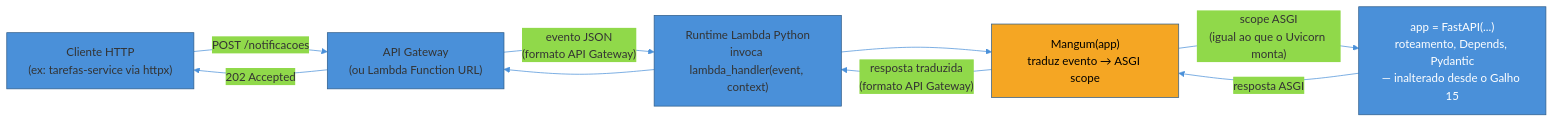
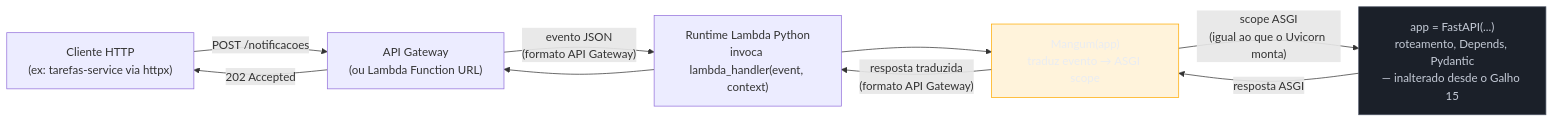
One commit to josenaldo/codex-technomanticus changed the first of 2 diagrams in 03-Dominios/Tecnologia/Python/Cloud-native e produção/06 - Serverless com AWS Lambda — Mangum e cold start.md. Above: the diagram before and after it, drawn with Mermaid. The commit also changed other lines of this file and 1181 other files, not shown here.

First line of the commit message:
fix(diagramas): paleta do sistema no lugar de cor cravada no markdown

````diff
--- a/03-Dominios/Tecnologia/Python/Cloud-native e produção/06 - Serverless com AWS Lambda — Mangum e cold start.md
+++ b/03-Dominios/Tecnologia/Python/Cloud-native e produção/06 - Serverless com AWS Lambda — Mangum e cold start.md
@@ -54,15 +54,16 @@
 ```mermaid
-%%{init: {"theme": "base", "themeVariables": {"primaryColor": "#4A90D9", "primaryBorderColor": "#2E5C8A", "lineColor": "#4A90D9"}}}%%
 flowchart LR
+    classDef destaque fill:#FFAA0024,stroke:#FFAA00,color:#E9ECF2
+    classDef neutro fill:#1B2029,stroke:#4E5666,color:#C6CCD8
     CLIENT["Cliente HTTP\n(ex: tarefas-service via httpx)"] -->|"POST /notificacoes"| APIGW["API Gateway\n(ou Lambda Function URL)"]
     APIGW -->|"evento JSON\n(formato API Gateway)"| RUNTIME["Runtime Lambda Python\ninvoca lambda_handler(event, context)"]
     RUNTIME --> MANGUM["Mangum(app)\ntraduz evento → ASGI scope"]
     MANGUM -->|"scope ASGI\n(igual ao que o Uvicorn monta)"| APP["app = FastAPI(...)\nroteamento, Depends, Pydantic\n— inalterado desde o Galho 15"]
     APP -->|"resposta ASGI"| MANGUM
     MANGUM -->|"resposta traduzida\n(formato API Gateway)"| RUNTIME
     RUNTIME --> APIGW
     APIGW -->|"202 Accepted"| CLIENT
 
-    style MANGUM fill:#F5A623,color:#000
-    style APP fill:#4A90D9,color:#fff
+    class MANGUM destaque
+    class APP neutro
 ```
````
